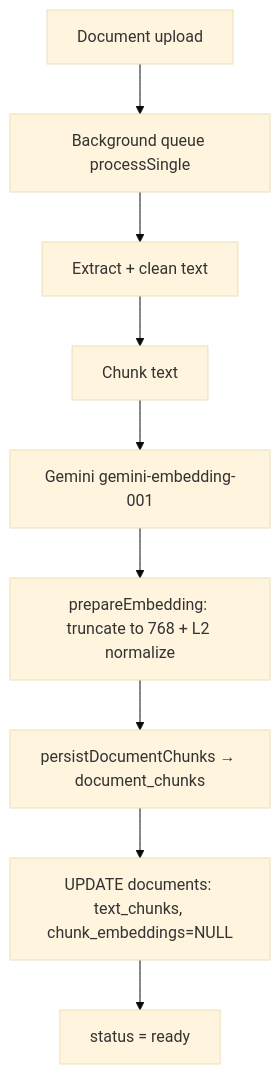
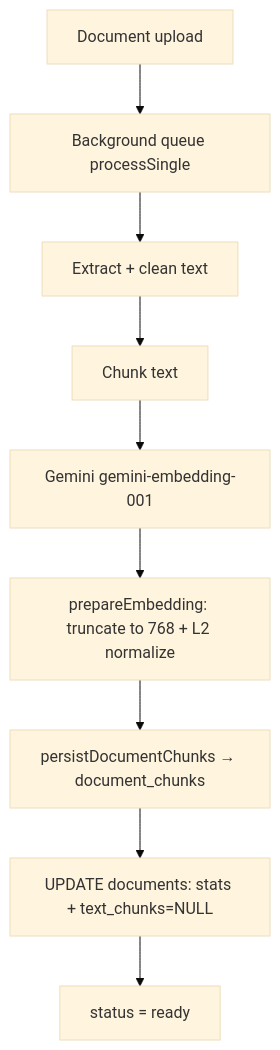
Before and after one commit to EmilUnP/AI_Workspace: the third of 4 diagrams in docs/RAG_AND_VECTOR_SEARCH.md, drawn with Mermaid (base theme). The commit also changed other lines of this file and 2 other files, not shown here.

````diff
--- a/docs/RAG_AND_VECTOR_SEARCH.md
+++ b/docs/RAG_AND_VECTOR_SEARCH.md
@@ -170,11 +172,11 @@
 ```mermaid
 flowchart TD
   A[Document upload] --> B[Background queue processSingle]
   B --> C[Extract + clean text]
   C --> D[Chunk text]
   D --> E[Gemini gemini-embedding-001]
   E --> N[prepareEmbedding: truncate to 768 + L2 normalize]
   N --> P[persistDocumentChunks → document_chunks]
-  P --> M[UPDATE documents: text_chunks, chunk_embeddings=NULL]
+  P --> M[UPDATE documents: stats + text_chunks=NULL]
   M --> R[status = ready]
 ```
````
